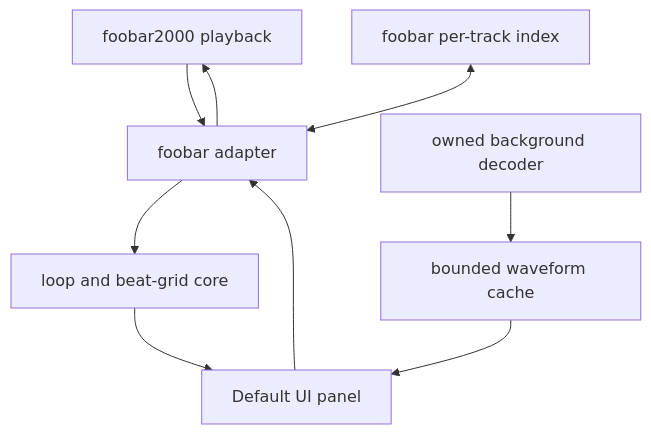
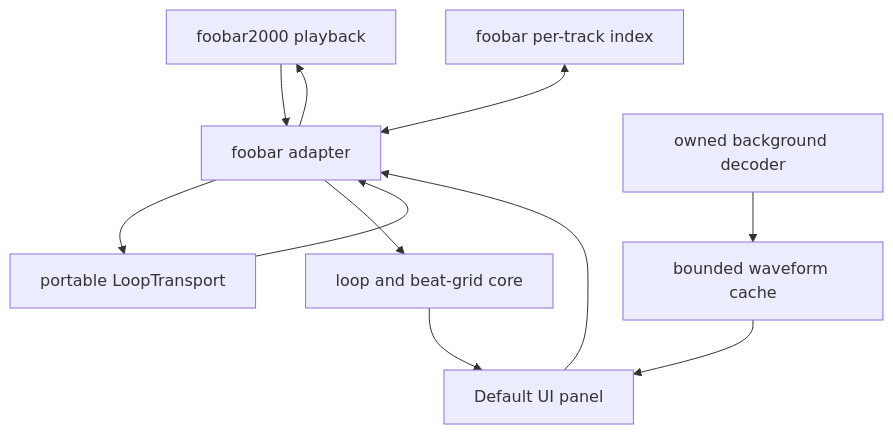
One commit to ysitbon/foo-loop-finder changed the diagram in docs/ARCHITECTURE.md. Above: the diagram before and after it, drawn with Mermaid. The commit also changed other lines of this file and 11 other files, not shown here.

````diff
--- a/docs/ARCHITECTURE.md
+++ b/docs/ARCHITECTURE.md
@@ -12,11 +12,13 @@
 ```mermaid
 flowchart TD
     FB["foobar2000 playback"] --> Adapter["foobar adapter"]
+    Adapter --> Transport["portable LoopTransport"]
+    Transport --> Adapter
     Adapter --> Core["loop and beat-grid core"]
     Store["foobar per-track index"] <--> Adapter
     Decoder["owned background decoder"] --> Waveform["bounded waveform cache"]
     Core --> Panel["Default UI panel"]
     Waveform --> Panel
     Panel --> Adapter
     Adapter --> FB
 ```
````
